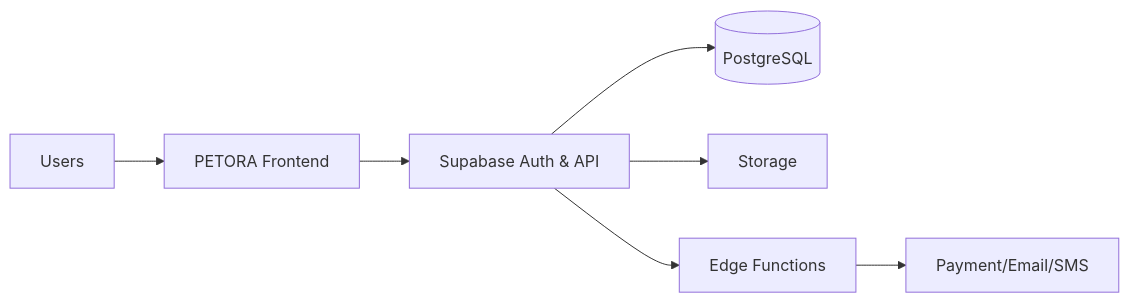
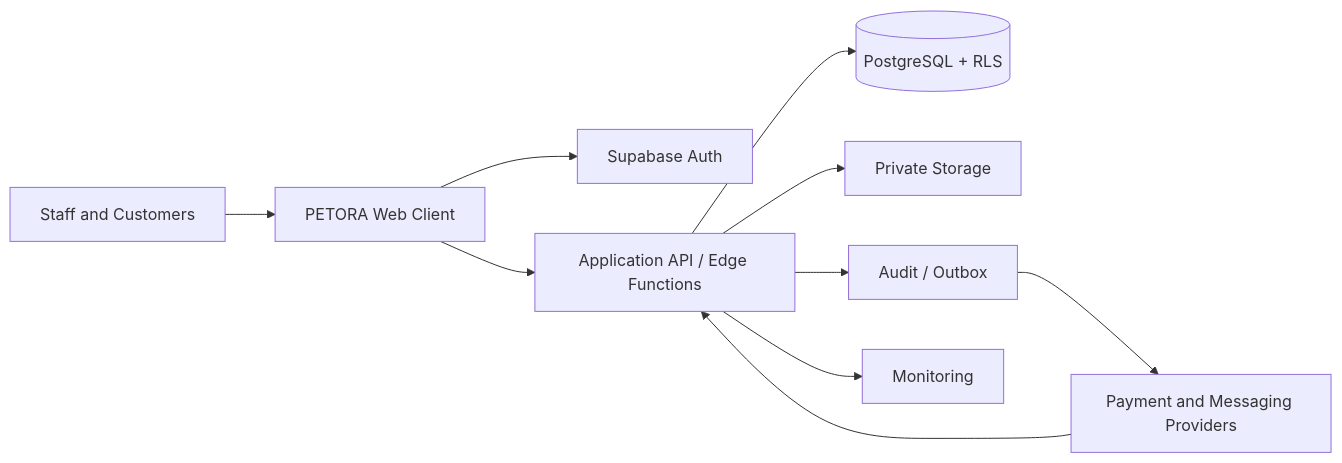
The diagram in docs/03-architecture/system-context.md (centranf1/PETORA-INDONESIA), drawn with Mermaid before and after one commit. The commit also changed other lines of this file and 75 other files, not shown here.

````diff
--- a/docs/03-architecture/system-context.md
+++ b/docs/03-architecture/system-context.md
@@ -29,9 +46,12 @@
 ```mermaid
 flowchart LR
-A[Users] --> B[PETORA Frontend]
-B --> C[Supabase Auth & API]
-C --> D[(PostgreSQL)]
-C --> E[Storage]
-C --> F[Edge Functions]
-F --> G[Payment/Email/SMS]
+A[Staff and Customers] --> B[PETORA Web Client]
+B --> C[Supabase Auth]
+B --> D[Application API / Edge Functions]
+D --> E[(PostgreSQL + RLS)]
+D --> F[Private Storage]
+D --> G[Audit / Outbox]
+G --> H[Payment and Messaging Providers]
+H --> D
+D --> I[Monitoring]
 ```
````
